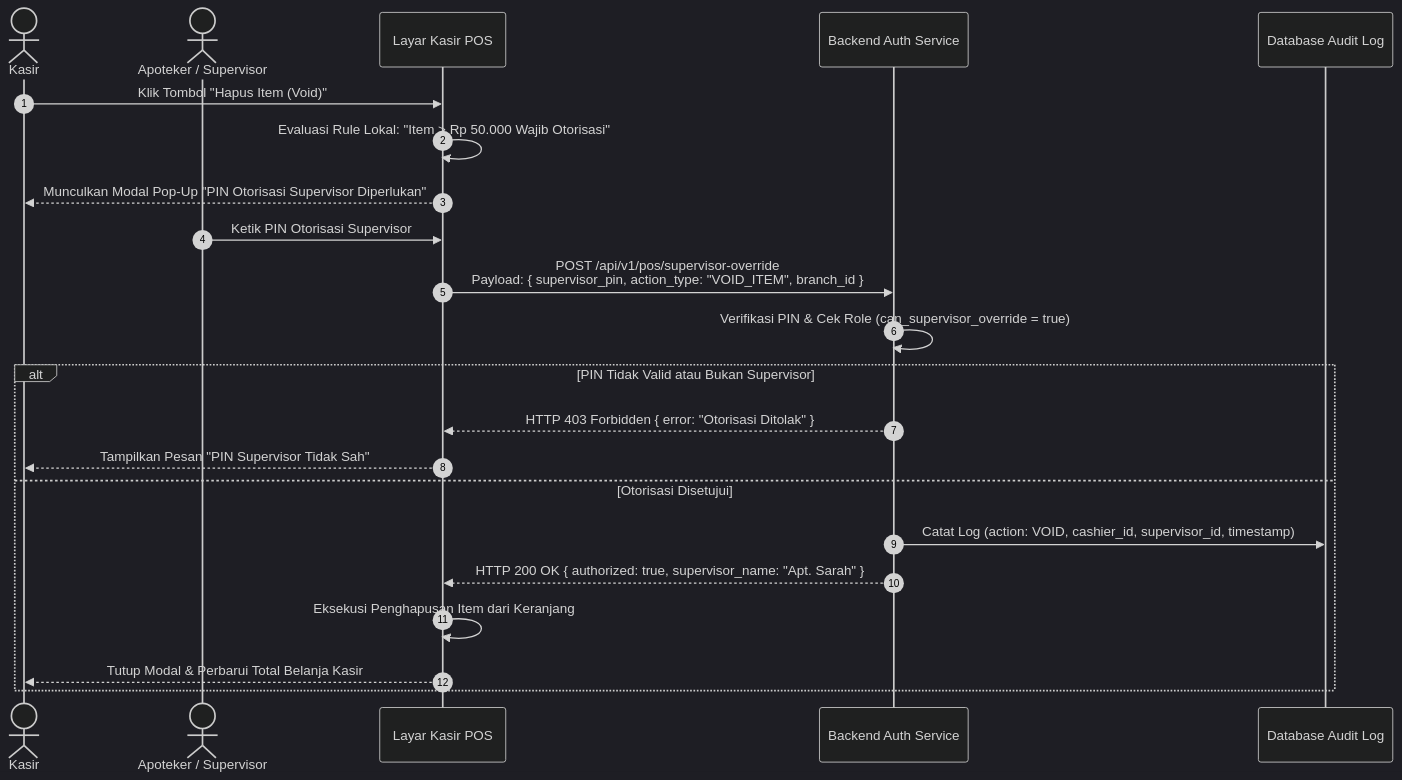
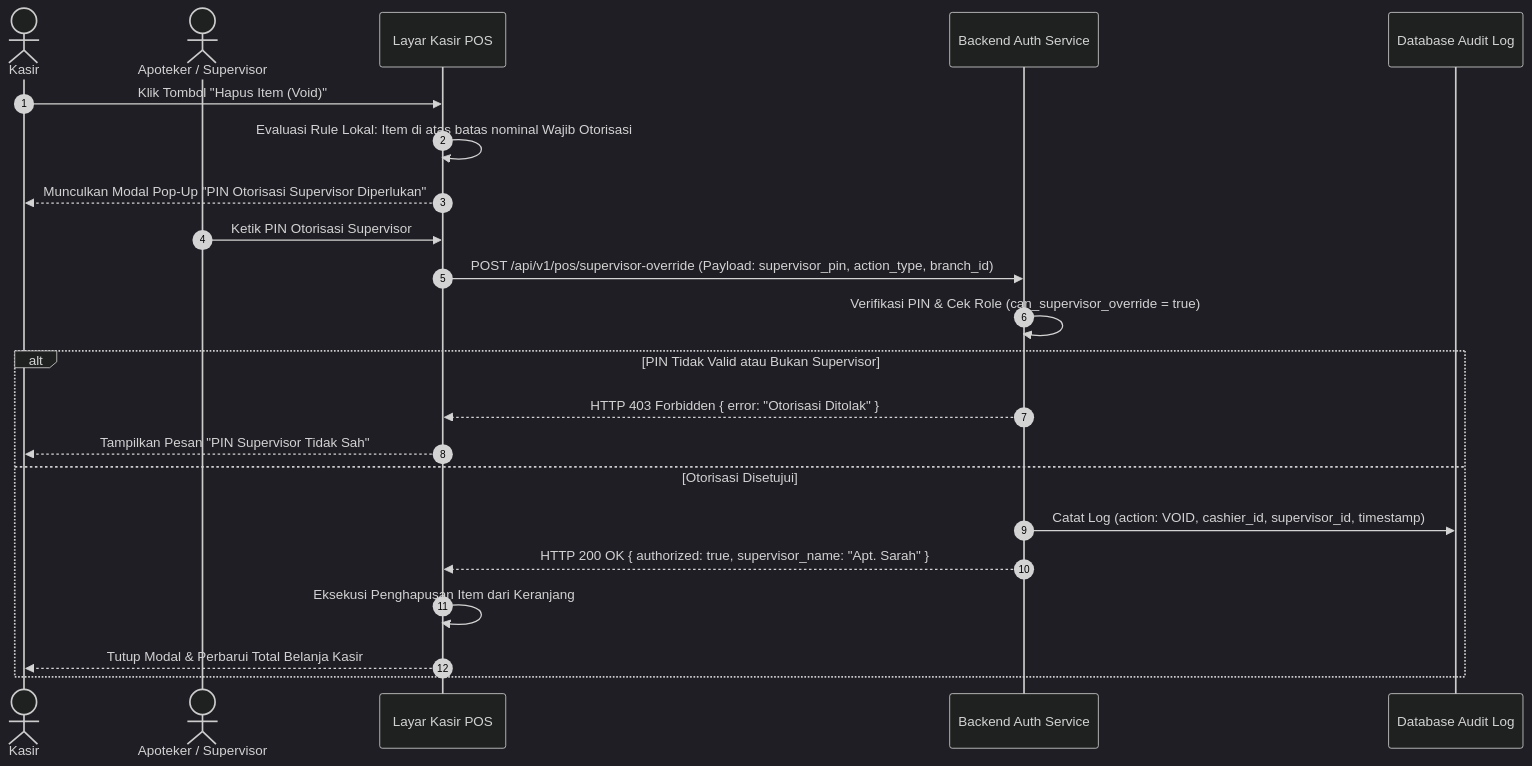
Before and after one commit to bagusyanuar/pharmacy-docs: the sixth of 9 diagrams in technical/diagrams/01-diagrams-auth-dan-cabang.md, drawn with Mermaid (dark theme). The commit also changed other lines of this file, not shown here.

Commit message:
fix(diagrams): sanitize raw comparison operators in Mermaid edge labels

````diff
--- a/technical/diagrams/01-diagrams-auth-dan-cabang.md
+++ b/technical/diagrams/01-diagrams-auth-dan-cabang.md
@@ -231,28 +231,28 @@
 ```mermaid
 sequenceDiagram
     autonumber
     actor Cashier as Kasir
     actor Supervisor as Apoteker / Supervisor
     participant POS as Layar Kasir POS
     participant AuthService as Backend Auth Service
     participant AuditDB as Database Audit Log
 
     Cashier->>POS: Klik Tombol "Hapus Item (Void)"
-    POS->>POS: Evaluasi Rule Lokal: "Item > Rp 50.000 Wajib Otorisasi"
+    POS->>POS: Evaluasi Rule Lokal: Item di atas batas nominal Wajib Otorisasi
     POS-->>Cashier: Munculkan Modal Pop-Up "PIN Otorisasi Supervisor Diperlukan"
     
     Supervisor->>POS: Ketik PIN Otorisasi Supervisor
-    POS->>AuthService: POST /api/v1/pos/supervisor-override<br>Payload: { supervisor_pin, action_type: "VOID_ITEM", branch_id }
+    POS->>AuthService: POST /api/v1/pos/supervisor-override (Payload: supervisor_pin, action_type, branch_id)
     
     AuthService->>AuthService: Verifikasi PIN & Cek Role (can_supervisor_override = true)
     
     alt PIN Tidak Valid atau Bukan Supervisor
         AuthService-->>POS: HTTP 403 Forbidden { error: "Otorisasi Ditolak" }
         POS-->>Cashier: Tampilkan Pesan "PIN Supervisor Tidak Sah"
     else Otorisasi Disetujui
         AuthService->>AuditDB: Catat Log (action: VOID, cashier_id, supervisor_id, timestamp)
         AuthService-->>POS: HTTP 200 OK { authorized: true, supervisor_name: "Apt. Sarah" }
         POS->>POS: Eksekusi Penghapusan Item dari Keranjang
         POS-->>Cashier: Tutup Modal & Perbarui Total Belanja Kasir
     end
 ```
````
